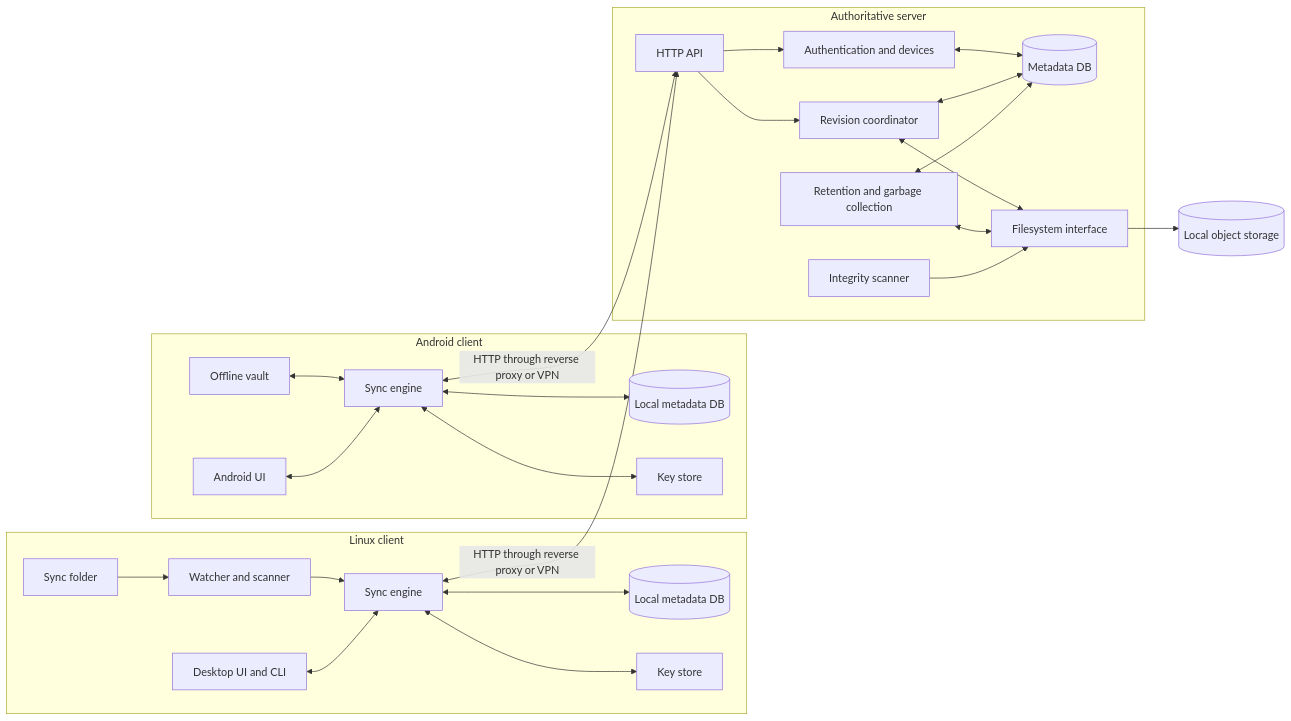
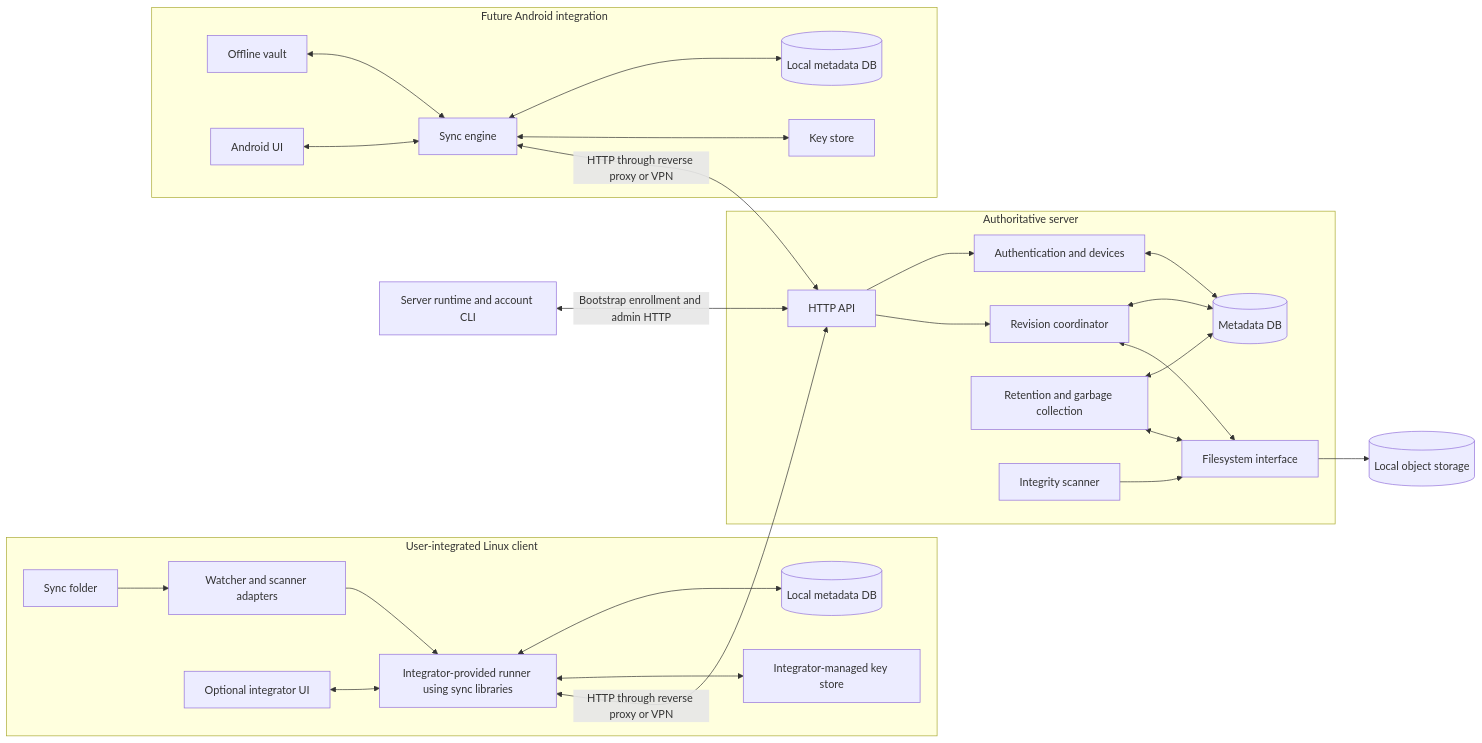
Before and after one commit to FireSquid6/nanosync: the first of 2 diagrams in docs/architecture.md, drawn with Mermaid. The commit also changed other lines of this file and 26 other files, not shown here.

Commit message:
Remove bundled Linux daemon and local sync CLI surface

````diff
--- a/docs/architecture.md
+++ b/docs/architecture.md
@@ -7,49 +7,50 @@
 ```mermaid
 flowchart LR
-    subgraph Linux[Linux client]
+    subgraph Linux[User-integrated Linux client]
         LF[Sync folder]
-        LW[Watcher and scanner]
-        LE[Sync engine]
+        LW[Watcher and scanner adapters]
+        LE[Integrator-provided runner using sync libraries]
         LD[(Local metadata DB)]
-        LK[Key store]
-        LU[Desktop UI and CLI]
+        LK[Integrator-managed key store]
+        LU[Optional integrator UI]
         LF --> LW --> LE
         LE <--> LD
         LE <--> LK
         LU <--> LE
     end
 
-    subgraph Android[Android client]
+    subgraph Android[Future Android integration]
         AF[Offline vault]
         AE[Sync engine]
         AD[(Local metadata DB)]
         AK[Key store]
         AU[Android UI]
         AF <--> AE
         AE <--> AD
         AE <--> AK
         AU <--> AE
     end
 
     subgraph Server[Authoritative server]
         API[HTTP API]
         AUTH[Authentication and devices]
         COORD[Revision coordinator]
         GC[Retention and garbage collection]
         VERIFY[Integrity scanner]
         DB[(Metadata DB)]
         FS[Filesystem interface]
         API --> AUTH
         API --> COORD
         AUTH <--> DB
         COORD <--> DB
         COORD <--> FS
         GC <--> DB
         GC <--> FS
         VERIFY --> FS
     end
 
     LE <-->|HTTP through reverse proxy or VPN| API
     AE <-->|HTTP through reverse proxy or VPN| API
+    CLI[Server runtime and account CLI] <-->|Bootstrap enrollment and admin HTTP| API
     FS --> DISK[(Local object storage)]
 ```
````
